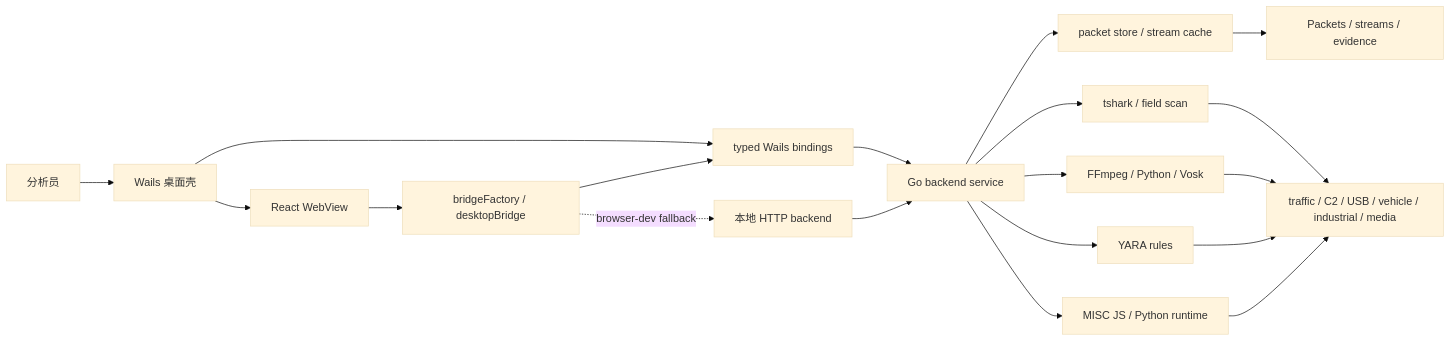
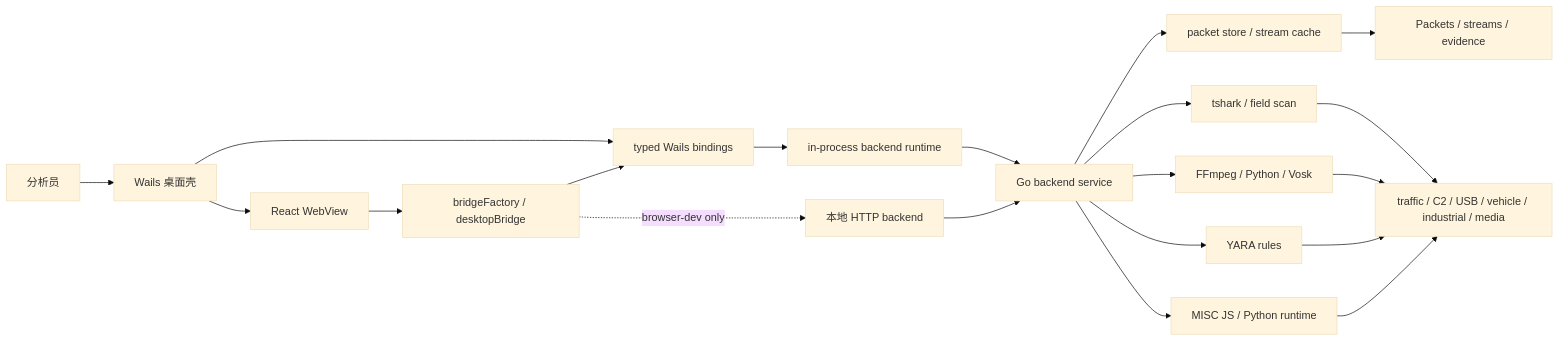
Before and after one commit to lQ-A-Ql/Gshark: the first of 5 diagrams in README.md, drawn with Mermaid (base theme). The commit also changed other lines of this file and 2 other files, not shown here.

Commit message:
Document in-process desktop runtime closure

````diff
--- a/README.md
+++ b/README.md
@@ -32,21 +32,22 @@
 ```mermaid
 flowchart LR
     Analyst["分析员"] --> Shell["Wails 桌面壳"]
     Shell --> WebView["React WebView"]
     Shell --> Bindings["typed Wails bindings"]
     WebView --> Bridge["bridgeFactory / desktopBridge"]
     Bridge --> Bindings
-    Bridge -. "browser-dev fallback" .-> HTTP["本地 HTTP backend"]
-    Bindings --> Backend["Go backend service"]
+    Bridge -. "browser-dev only" .-> HTTP["本地 HTTP backend"]
+    Bindings --> Runtime["in-process backend runtime"]
+    Runtime --> Backend["Go backend service"]
     HTTP --> Backend
     Backend --> Store["packet store / stream cache"]
     Backend --> Tshark["tshark / field scan"]
     Backend --> MediaTools["FFmpeg / Python / Vosk"]
     Backend --> Yara["YARA rules"]
     Backend --> MiscRuntime["MISC JS / Python runtime"]
     Store --> Pages["Packets / streams / evidence"]
     Tshark --> Analysis["traffic / C2 / USB / vehicle / industrial / media"]
     MediaTools --> Analysis
     Yara --> Analysis
     MiscRuntime --> Analysis
 ```
````
